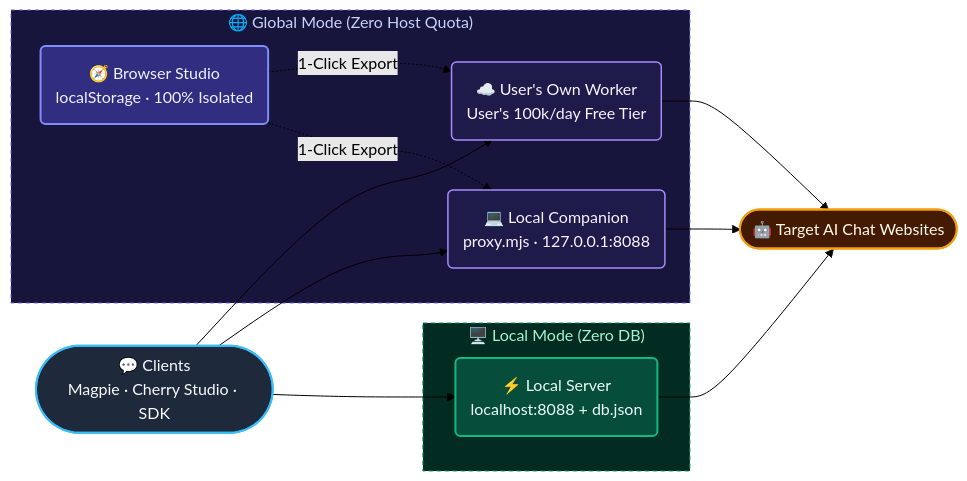
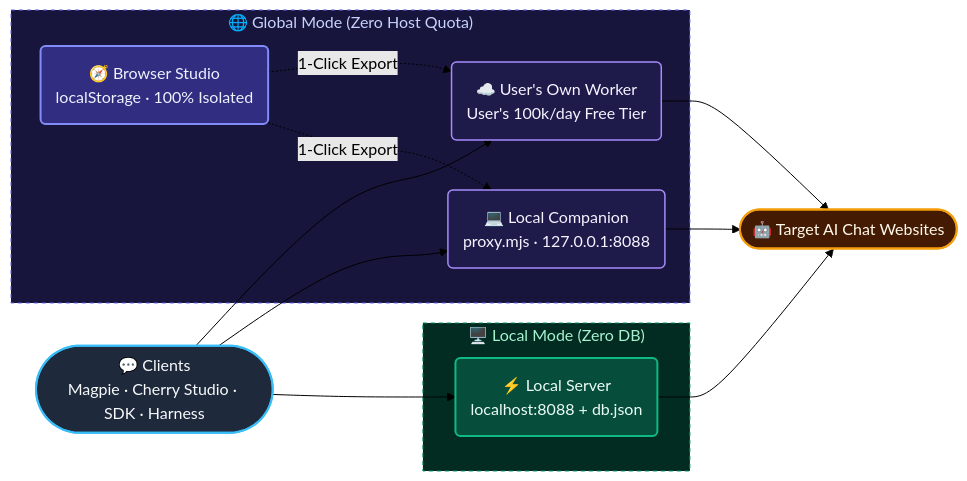
The diagram in README.md (oVu-Lab/proxy-studio), drawn with Mermaid (forest theme) before and after one commit.

Commit message:
Add Harness client to architecture diagram

````diff
--- a/README.md
+++ b/README.md
@@ -32,40 +32,40 @@
 ```mermaid
 flowchart LR
-    C(["💬 Clients<br/>Magpie · Cherry Studio · SDK"])
+    C(["💬 Clients<br/>Magpie · Cherry Studio · SDK · Harness"])
 
     subgraph Local["🖥️ Local Mode (Zero DB)"]
         L("⚡ Local Server<br/>localhost:8088 + db.json")
     end
 
     subgraph Global["🌐 Global Mode (Zero Host Quota)"]
         G("🧭 Browser Studio<br/>localStorage · 100% Isolated")
         E1("☁️ User's Own Worker<br/>User's 100k/day Free Tier")
         E2("💻 Local Companion<br/>proxy.mjs · 127.0.0.1:8088")
         G -. "1-Click Export" .-> E1
         G -. "1-Click Export" .-> E2
     end
 
     U(["🤖 Target AI Chat Websites"])
 
     C --> L
     C --> E1
     C --> E2
     L --> U
     E1 --> U
     E2 --> U
 
     classDef client fill:#1e293b,stroke:#38bdf8,stroke-width:2px,color:#f8fafc
     classDef local fill:#064e3b,stroke:#10b981,stroke-width:2px,color:#ecfdf5
     classDef studio fill:#312e81,stroke:#818cf8,stroke-width:2px,color:#eef2ff
     classDef export fill:#1e1b4b,stroke:#a78bfa,stroke-width:1.5px,color:#f5f3ff
     classDef target fill:#451a03,stroke:#f59e0b,stroke-width:2px,color:#fffbeb
 
     class C client
     class L local
     class G studio
     class E1,E2 export
     class U target
 
     style Local fill:#022c22,stroke:#059669,stroke-dasharray:4 4,color:#a7f3d0
     style Global fill:#17153b,stroke:#6366f1,stroke-dasharray:4 4,color:#c7d2fe
 ```
````
